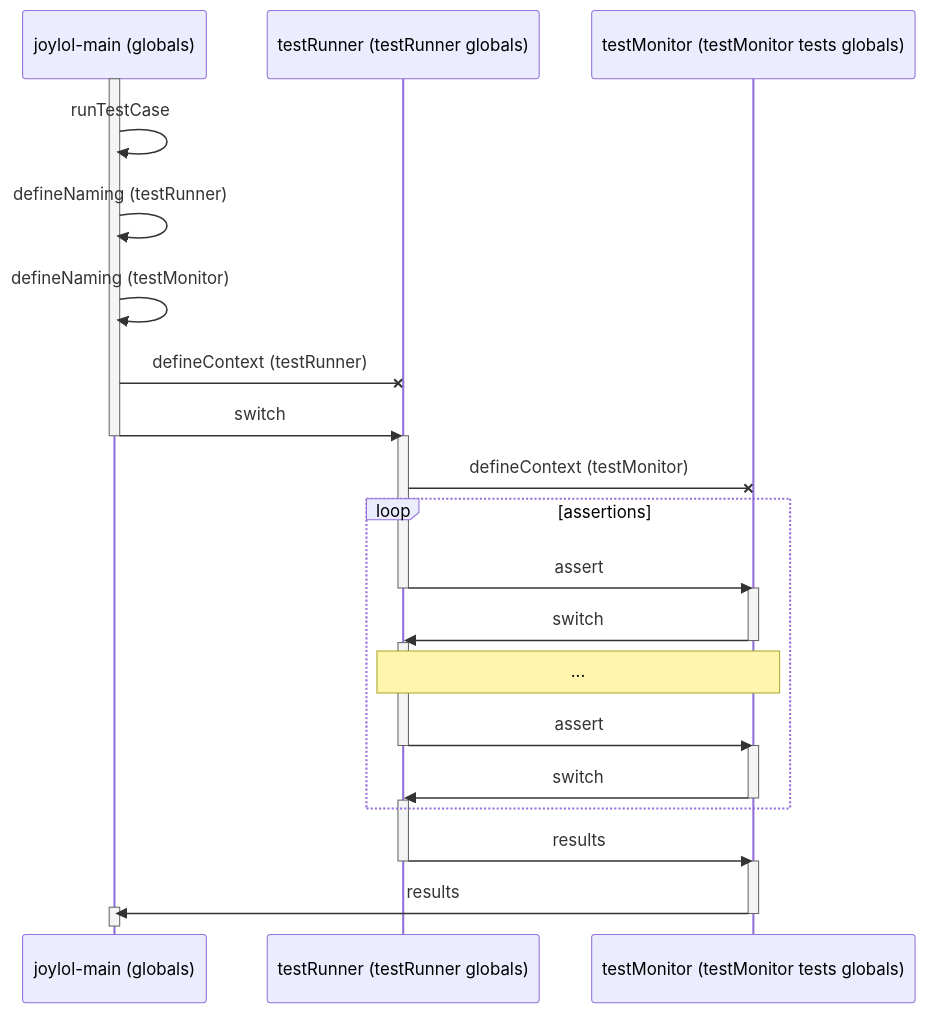
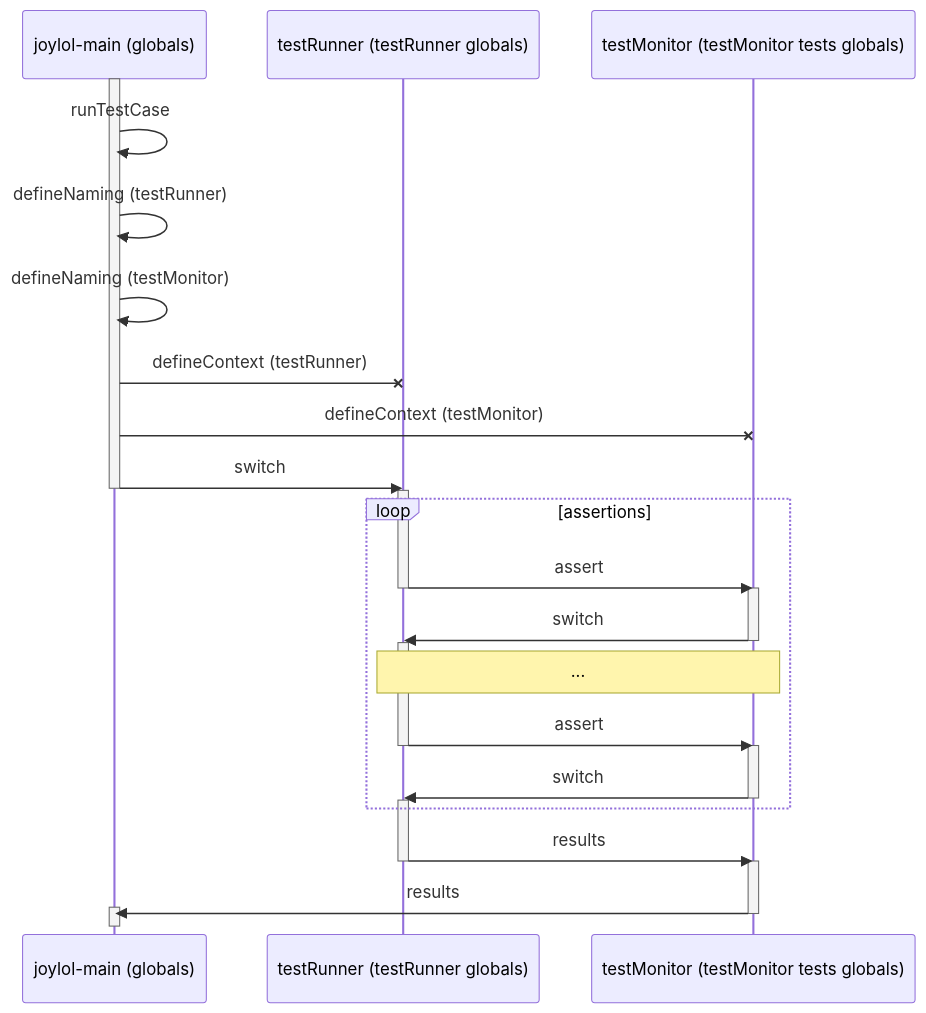
Before and after one commit to stephengaito/documentArchive: the diagram in module/t-joylol-coalg/doc/context/third/joyLoLCoAlg/runJoylolTestCase.mmd, drawn with Mermaid. The commit also changed 9 other files, not shown here.

```diff
--- a/module/t-joylol-coalg/doc/context/third/joyLoLCoAlg/runJoylolTestCase.mmd
+++ b/module/t-joylol-coalg/doc/context/third/joyLoLCoAlg/runJoylolTestCase.mmd
@@ -1,37 +1,37 @@
 sequenceDiagram
   participant m as joylol-main (globals)
   participant tr as testRunner (testRunner globals)
   participant tm as testMonitor (testMonitor tests globals)
 
   %% specify context switches
   activate m
   m  ->> m : runTestCase
   m  ->> m : defineNaming (testRunner)
   m  ->> m : defineNaming (testMonitor)
   m  -X tr : defineContext (testRunner)
+  m  -X tm : defineContext (testMonitor)
   m  ->> tr : switch
   deactivate m
   activate tr
-  tr -X tm : defineContext (testMonitor)
   loop assertions
     tr ->> tm : assert
     deactivate tr
     activate tm
     tm ->> tr : switch
     deactivate tm
     activate tr
     note over tr,tm :     ...
     tr ->> tm : assert
     deactivate tr
     activate tm
     tm ->> tr : switch
     deactivate tm
     activate tr
   end
   tr ->> tm : results
   deactivate tr
   activate tm
   tm ->> m : results
   deactivate tm
   activate m
   deactivate m
```
